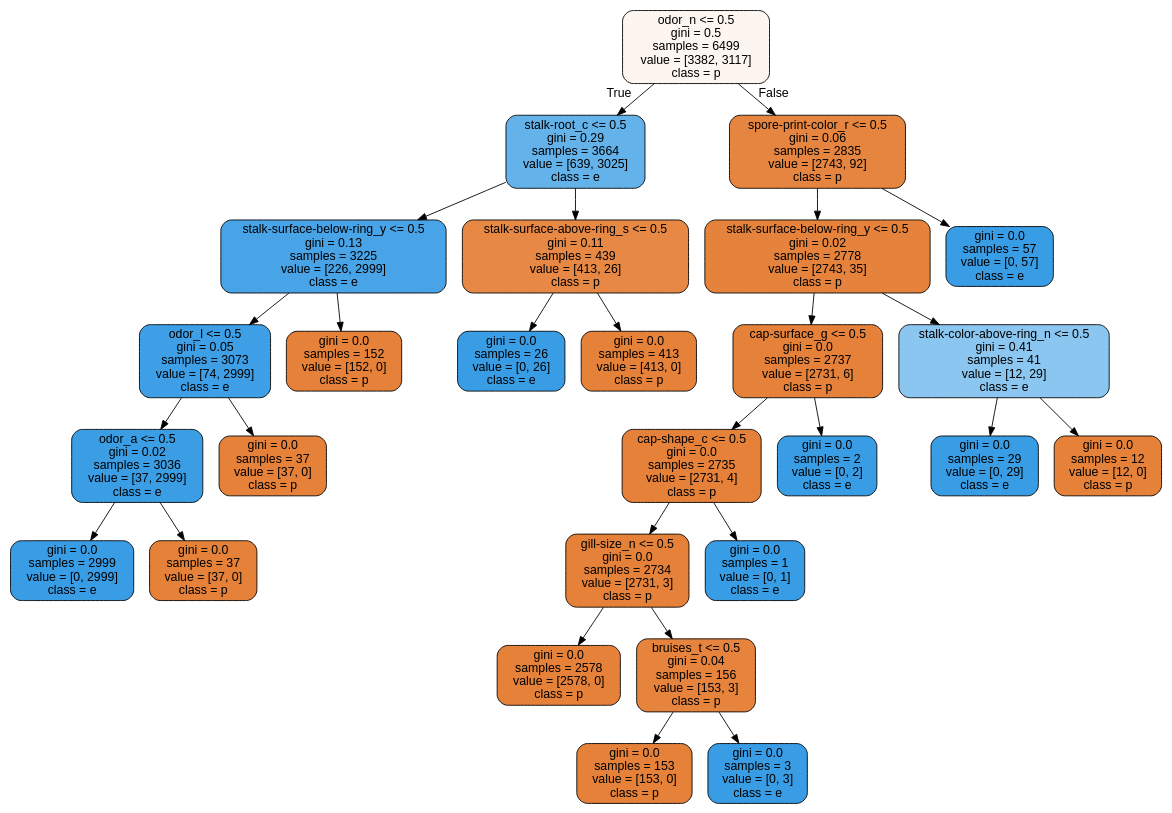
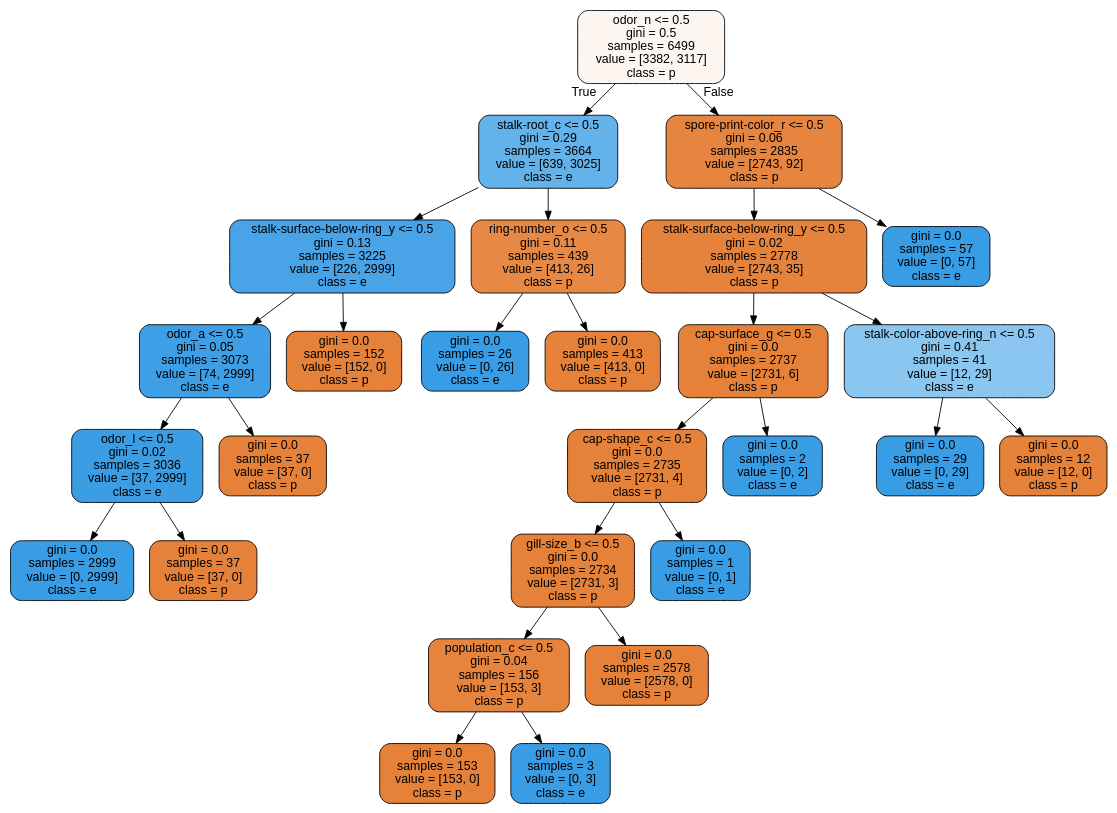
One commit to radroid/ml-algorithms-assignments changed the diagram in decision_trees_assignment_4/notebooks/tree1.dot. Above: the diagram before and after it, drawn with Graphviz. The commit also changed 1 other file, not shown here.

```diff
--- a/decision_trees_assignment_4/notebooks/tree1.dot
+++ b/decision_trees_assignment_4/notebooks/tree1.dot
@@ -1,57 +1,57 @@
 digraph Tree {
 node [shape=box, style="filled, rounded", color="black", fontname=helvetica] ;
 edge [fontname=helvetica] ;
 0 [label="odor_n <= 0.5\ngini = 0.5\nsamples = 6499\nvalue = [3382, 3117]\nclass = p", fillcolor="#fdf5ef"] ;
 1 [label="stalk-root_c <= 0.5\ngini = 0.29\nsamples = 3664\nvalue = [639, 3025]\nclass = e", fillcolor="#63b2ea"] ;
 0 -> 1 [labeldistance=2.5, labelangle=45, headlabel="True"] ;
 2 [label="stalk-surface-below-ring_y <= 0.5\ngini = 0.13\nsamples = 3225\nvalue = [226, 2999]\nclass = e", fillcolor="#48a4e7"] ;
 1 -> 2 ;
-3 [label="odor_l <= 0.5\ngini = 0.05\nsamples = 3073\nvalue = [74, 2999]\nclass = e", fillcolor="#3e9fe6"] ;
+3 [label="odor_a <= 0.5\ngini = 0.05\nsamples = 3073\nvalue = [74, 2999]\nclass = e", fillcolor="#3e9fe6"] ;
 2 -> 3 ;
-4 [label="odor_a <= 0.5\ngini = 0.02\nsamples = 3036\nvalue = [37, 2999]\nclass = e", fillcolor="#3b9ee5"] ;
+4 [label="odor_l <= 0.5\ngini = 0.02\nsamples = 3036\nvalue = [37, 2999]\nclass = e", fillcolor="#3b9ee5"] ;
 3 -> 4 ;
 5 [label="gini = 0.0\nsamples = 2999\nvalue = [0, 2999]\nclass = e", fillcolor="#399de5"] ;
 4 -> 5 ;
 6 [label="gini = 0.0\nsamples = 37\nvalue = [37, 0]\nclass = p", fillcolor="#e58139"] ;
 4 -> 6 ;
 7 [label="gini = 0.0\nsamples = 37\nvalue = [37, 0]\nclass = p", fillcolor="#e58139"] ;
 3 -> 7 ;
 8 [label="gini = 0.0\nsamples = 152\nvalue = [152, 0]\nclass = p", fillcolor="#e58139"] ;
 2 -> 8 ;
-9 [label="stalk-surface-above-ring_s <= 0.5\ngini = 0.11\nsamples = 439\nvalue = [413, 26]\nclass = p", fillcolor="#e78945"] ;
+9 [label="ring-number_o <= 0.5\ngini = 0.11\nsamples = 439\nvalue = [413, 26]\nclass = p", fillcolor="#e78945"] ;
 1 -> 9 ;
 10 [label="gini = 0.0\nsamples = 26\nvalue = [0, 26]\nclass = e", fillcolor="#399de5"] ;
 9 -> 10 ;
 11 [label="gini = 0.0\nsamples = 413\nvalue = [413, 0]\nclass = p", fillcolor="#e58139"] ;
 9 -> 11 ;
 12 [label="spore-print-color_r <= 0.5\ngini = 0.06\nsamples = 2835\nvalue = [2743, 92]\nclass = p", fillcolor="#e68540"] ;
 0 -> 12 [labeldistance=2.5, labelangle=-45, headlabel="False"] ;
 13 [label="stalk-surface-below-ring_y <= 0.5\ngini = 0.02\nsamples = 2778\nvalue = [2743, 35]\nclass = p", fillcolor="#e5833c"] ;
 12 -> 13 ;
 14 [label="cap-surface_g <= 0.5\ngini = 0.0\nsamples = 2737\nvalue = [2731, 6]\nclass = p", fillcolor="#e58139"] ;
 13 -> 14 ;
 15 [label="cap-shape_c <= 0.5\ngini = 0.0\nsamples = 2735\nvalue = [2731, 4]\nclass = p", fillcolor="#e58139"] ;
 14 -> 15 ;
-16 [label="gill-size_n <= 0.5\ngini = 0.0\nsamples = 2734\nvalue = [2731, 3]\nclass = p", fillcolor="#e58139"] ;
+16 [label="gill-size_b <= 0.5\ngini = 0.0\nsamples = 2734\nvalue = [2731, 3]\nclass = p", fillcolor="#e58139"] ;
 15 -> 16 ;
-17 [label="gini = 0.0\nsamples = 2578\nvalue = [2578, 0]\nclass = p", fillcolor="#e58139"] ;
+17 [label="population_c <= 0.5\ngini = 0.04\nsamples = 156\nvalue = [153, 3]\nclass = p", fillcolor="#e6833d"] ;
 16 -> 17 ;
-18 [label="bruises_t <= 0.5\ngini = 0.04\nsamples = 156\nvalue = [153, 3]\nclass = p", fillcolor="#e6833d"] ;
-16 -> 18 ;
-19 [label="gini = 0.0\nsamples = 153\nvalue = [153, 0]\nclass = p", fillcolor="#e58139"] ;
-18 -> 19 ;
-20 [label="gini = 0.0\nsamples = 3\nvalue = [0, 3]\nclass = e", fillcolor="#399de5"] ;
-18 -> 20 ;
+18 [label="gini = 0.0\nsamples = 153\nvalue = [153, 0]\nclass = p", fillcolor="#e58139"] ;
+17 -> 18 ;
+19 [label="gini = 0.0\nsamples = 3\nvalue = [0, 3]\nclass = e", fillcolor="#399de5"] ;
+17 -> 19 ;
+20 [label="gini = 0.0\nsamples = 2578\nvalue = [2578, 0]\nclass = p", fillcolor="#e58139"] ;
+16 -> 20 ;
 21 [label="gini = 0.0\nsamples = 1\nvalue = [0, 1]\nclass = e", fillcolor="#399de5"] ;
 15 -> 21 ;
 22 [label="gini = 0.0\nsamples = 2\nvalue = [0, 2]\nclass = e", fillcolor="#399de5"] ;
 14 -> 22 ;
 23 [label="stalk-color-above-ring_n <= 0.5\ngini = 0.41\nsamples = 41\nvalue = [12, 29]\nclass = e", fillcolor="#8bc6f0"] ;
 13 -> 23 ;
 24 [label="gini = 0.0\nsamples = 29\nvalue = [0, 29]\nclass = e", fillcolor="#399de5"] ;
 23 -> 24 ;
 25 [label="gini = 0.0\nsamples = 12\nvalue = [12, 0]\nclass = p", fillcolor="#e58139"] ;
 23 -> 25 ;
 26 [label="gini = 0.0\nsamples = 57\nvalue = [0, 57]\nclass = e", fillcolor="#399de5"] ;
 12 -> 26 ;
 }
```
